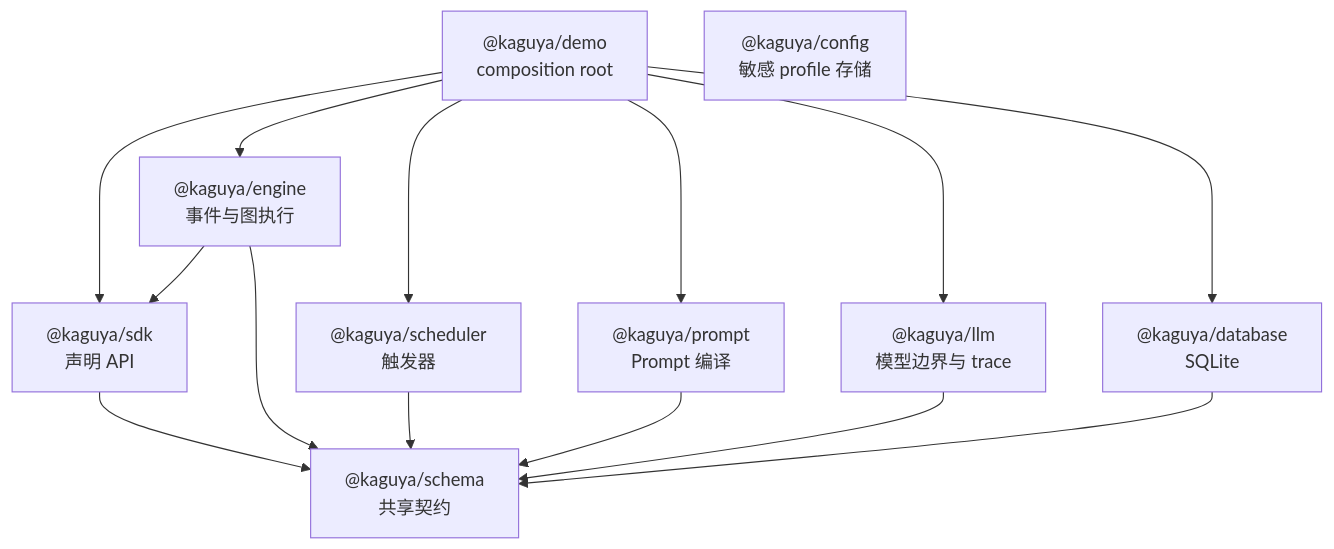
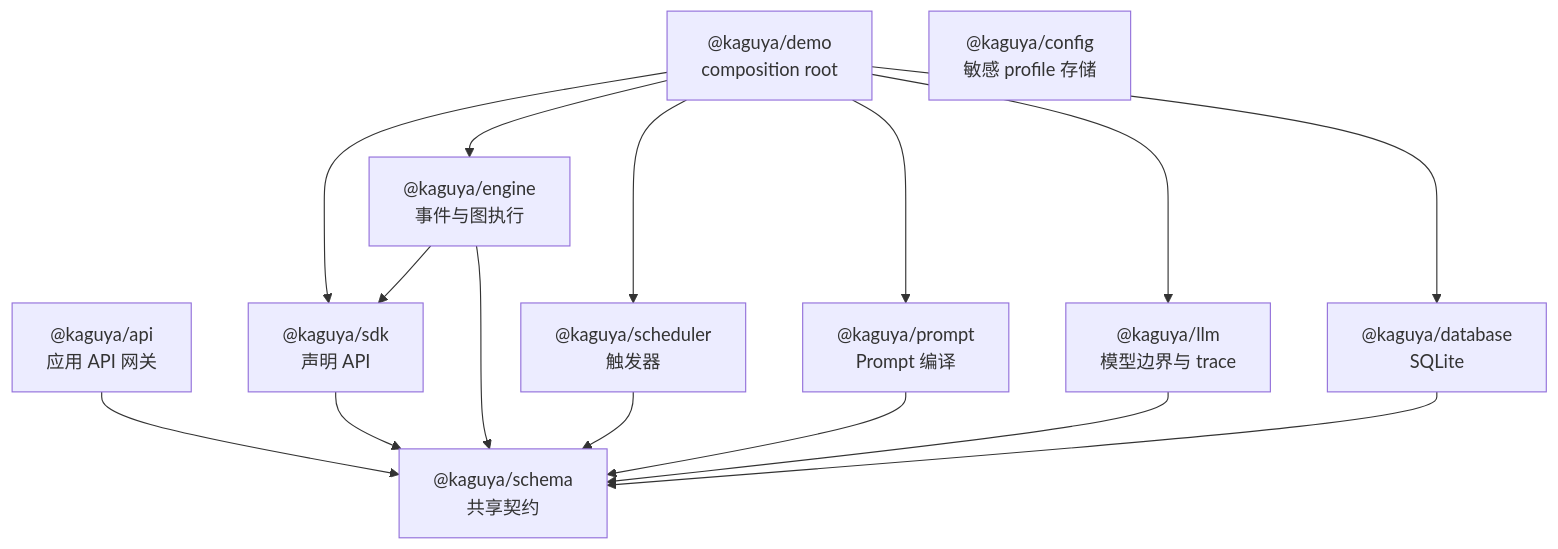
Before and after one commit to posanbu/Kaguya: the first of 8 diagrams in docs/architecture.md, drawn with Mermaid. The commit also changed other lines of this file and 18 other files, not shown here.

````diff
--- a/docs/architecture.md
+++ b/docs/architecture.md
@@ -24,26 +25,28 @@
 ```mermaid
 flowchart TD
+  API["@kaguya/api<br/>应用 API 网关"]
   Demo["@kaguya/demo<br/>composition root"]
   Schema["@kaguya/schema<br/>共享契约"]
   SDK["@kaguya/sdk<br/>声明 API"]
   Engine["@kaguya/engine<br/>事件与图执行"]
   Scheduler["@kaguya/scheduler<br/>触发器"]
   Prompt["@kaguya/prompt<br/>Prompt 编译"]
   LLM["@kaguya/llm<br/>模型边界与 trace"]
   DB["@kaguya/database<br/>SQLite"]
   Config["@kaguya/config<br/>敏感 profile 存储"]
 
+  API --> Schema
   Demo --> SDK
   Demo --> Engine
   Demo --> Scheduler
   Demo --> Prompt
   Demo --> LLM
   Demo --> DB
   SDK --> Schema
   Engine --> SDK
   Engine --> Schema
   Scheduler --> Schema
   Prompt --> Schema
   LLM --> Schema
   DB --> Schema
 ```
````
